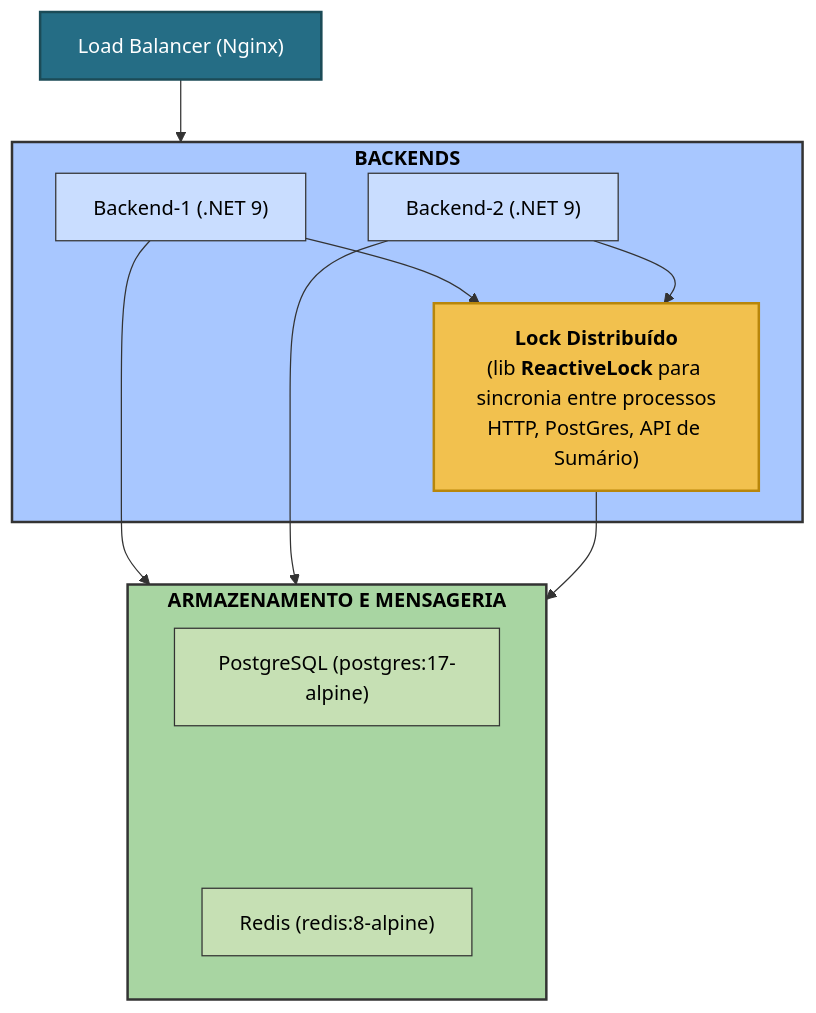
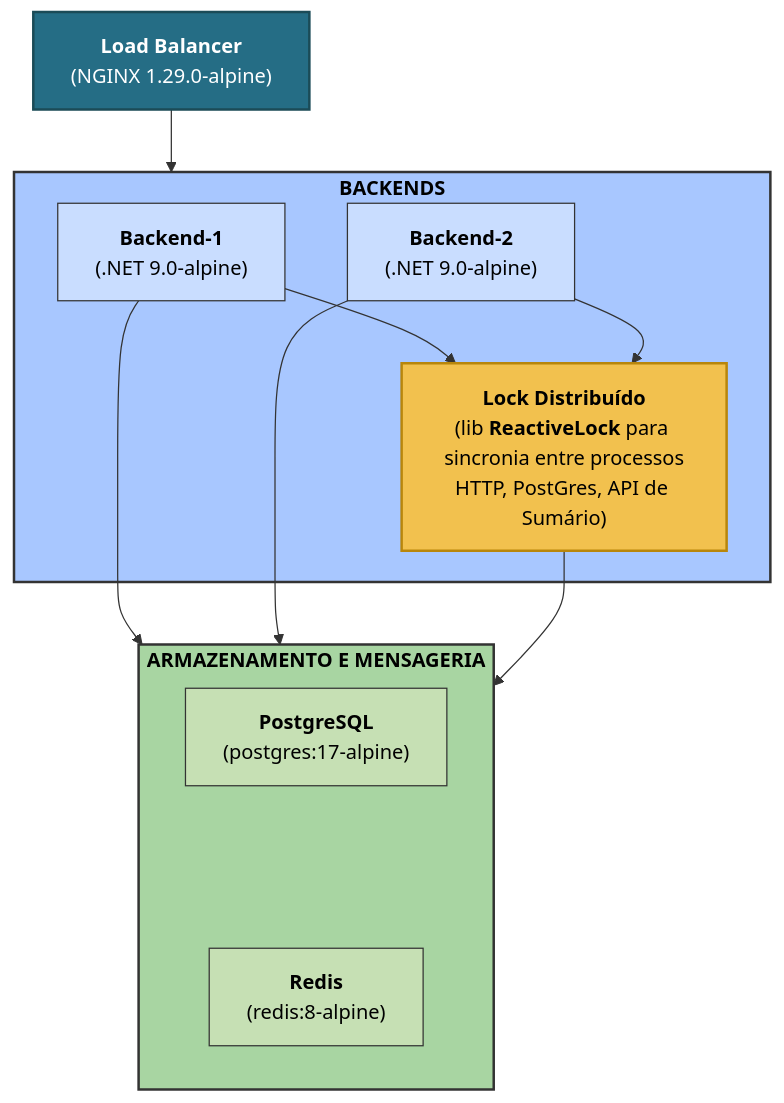
Before and after one commit to micheloliveira-com/rinha-de-backend-2025-dotnet-csharp-redis-grpc: the diagram in README.md, drawn with Mermaid. The commit also changed 1 other file, not shown here.

Commit message:
refactor: update NGINX image version in docker-compose for consistency and performance

````diff
--- a/README.md
+++ b/README.md
@@ -16,43 +16,43 @@
 ```mermaid
 
 graph TD
-  loadBalancer["Load Balancer (Nginx)"]
+  loadBalancer["<b>Load Balancer</b><br />(NGINX 1.29.0-alpine)"]
 
   subgraph backendsGroup["<b>BACKENDS</b>"]
-    backend1["Backend-1 (.NET 9)"]
-    backend2["Backend-2 (.NET 9)"]
+    backend1["<b>Backend-1</b><br />(.NET 9.0-alpine)"]
+    backend2["<b>Backend-2</b><br />(.NET 9.0-alpine)"]
     reactiveLock["<b>Lock Distribuído</b><br/>(lib <b>ReactiveLock</b> para sincronia entre processos<br/>HTTP, PostGres, API de Sumário)"]
   end
 
   subgraph storageGroup["<b>ARMAZENAMENTO E MENSAGERIA</b>"]
-    postgres["PostgreSQL (postgres:17-alpine)"]
+    postgres["<b>PostgreSQL</b><br />(postgres:17-alpine)"]
     spacer[" "]:::invisible
-    redis["Redis (redis:8-alpine)"]
+    redis["<b>Redis</b><br />(redis:8-alpine)"]
   end
 
   loadBalancer --> backendsGroup
 
   backend1 --> storageGroup
   backend2 --> storageGroup
 
   backend1 --> reactiveLock
   backend2 --> reactiveLock
 
   reactiveLock --> storageGroup
 
   classDef invisible fill:none,stroke:none;
 
   %% Estilos de cor
   style loadBalancer fill:#256D85,stroke:#1B4B57,stroke-width:2px,color:#FFFFFF
 
   style backendsGroup fill:#a8c7ff,stroke:#333,stroke-width:2px,color:#000
   style backend1 fill:#c9ddff,stroke:#333,stroke-width:1px,color:#000
   style backend2 fill:#c9ddff,stroke:#333,stroke-width:1px,color:#000
   style reactiveLock fill:#f2c14e,stroke:#b8860b,stroke-width:2px,color:#000
 
   style storageGroup fill:#a8d5a2,stroke:#333,stroke-width:2px,color:#000
   style postgres fill:#c6e0b4,stroke:#333,stroke-width:1px,color:#000
   style redis fill:#c6e0b4,stroke:#333,stroke-width:1px,color:#000
   
 
 ```
````
